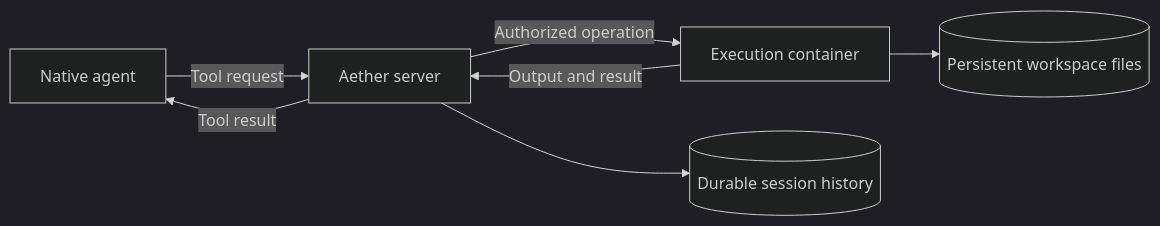
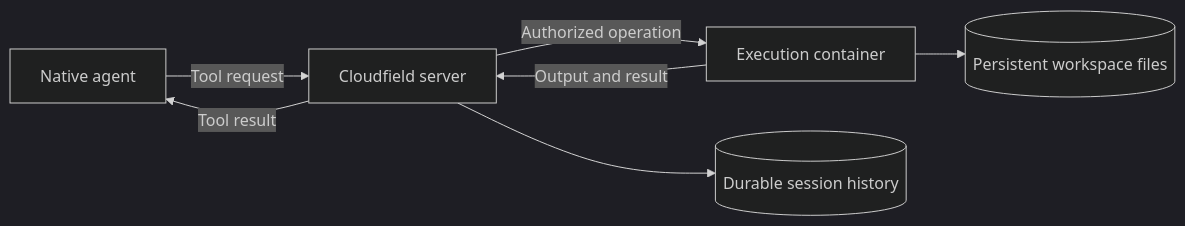
The diagram in docs/agent-execution-separation.md (3xDevOps/aether), drawn with Mermaid (dark theme) before and after one commit. The commit also changed other lines of this file and 40 other files, not shown here.

````diff
--- a/docs/agent-execution-separation.md
+++ b/docs/agent-execution-separation.md
@@ -128,9 +128,9 @@
 ```mermaid
 flowchart LR
-    B[Native agent] -->|Tool request| S[Aether server]
+    B[Native agent] -->|Tool request| S[Cloudfield server]
     S -->|Authorized operation| E[Execution container]
     E -->|Output and result| S
     S -->|Tool result| B
     S --> H[(Durable session history)]
     E --> W[(Persistent workspace files)]
 ```
````
